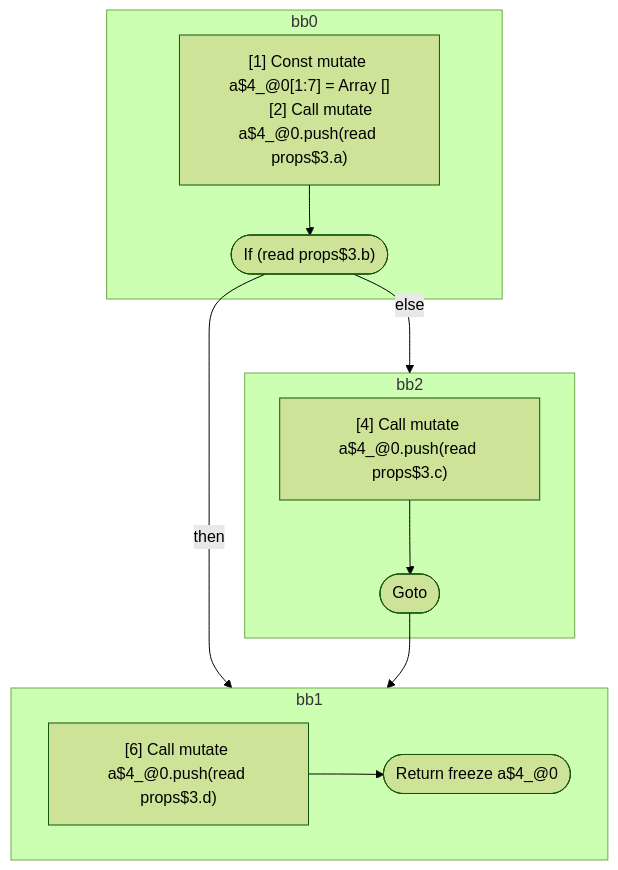
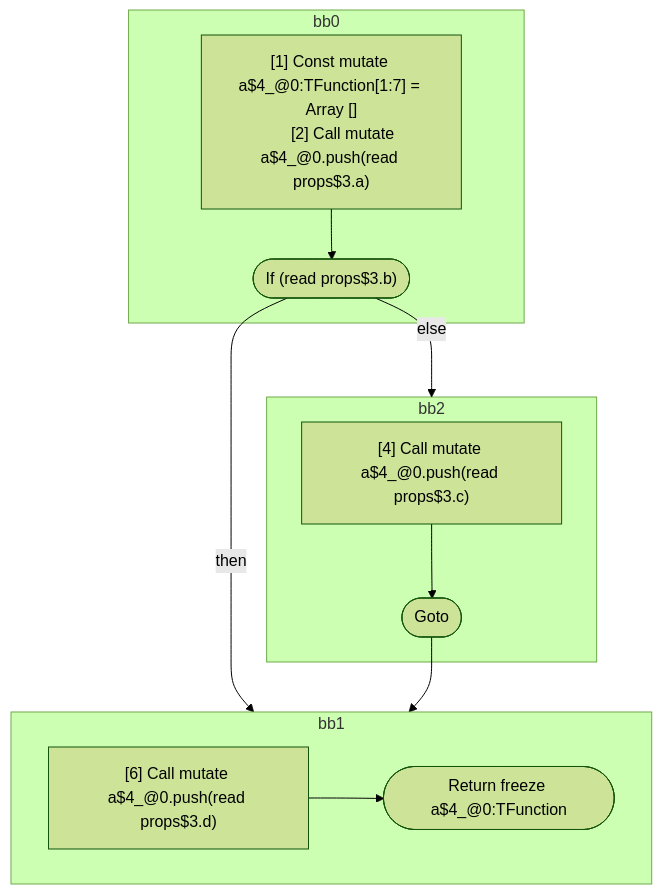
Before and after one commit to wutsmog/private: the diagram in compiler/forget/src/__tests__/fixtures/hir/_bug_conditional-break-labeled.expect.md, drawn with Mermaid (forest theme). The commit also changed other lines of this file and 112 other files, not shown here.

````diff
--- a/compiler/forget/src/__tests__/fixtures/hir/_bug_conditional-break-labeled.expect.md
+++ b/compiler/forget/src/__tests__/fixtures/hir/_bug_conditional-break-labeled.expect.md
@@ -65,29 +65,29 @@
 ```mermaid
 flowchart TB
   %% Basic Blocks
   subgraph bb0
     bb0_instrs["
-      [1] Const mutate a$4_@0[1:7] = Array []
+      [1] Const mutate a$4_@0:TFunction[1:7] = Array []
       [2] Call mutate a$4_@0.push(read props$3.a)
     "]
     bb0_instrs --> bb0_terminal(["If (read props$3.b)"])
   end
   subgraph bb2
     bb2_instrs["
       [4] Call mutate a$4_@0.push(read props$3.c)
     "]
     bb2_instrs --> bb2_terminal(["Goto"])
   end
   subgraph bb1
     bb1_instrs["
       [6] Call mutate a$4_@0.push(read props$3.d)
     "]
-    bb1_instrs --> bb1_terminal(["Return freeze a$4_@0"])
+    bb1_instrs --> bb1_terminal(["Return freeze a$4_@0:TFunction"])
   end
 
   %% Jumps
   bb0_terminal -- "then" --> bb1
   bb0_terminal -- "else" --> bb2
   bb2_terminal --> bb1
 
 ```
````
